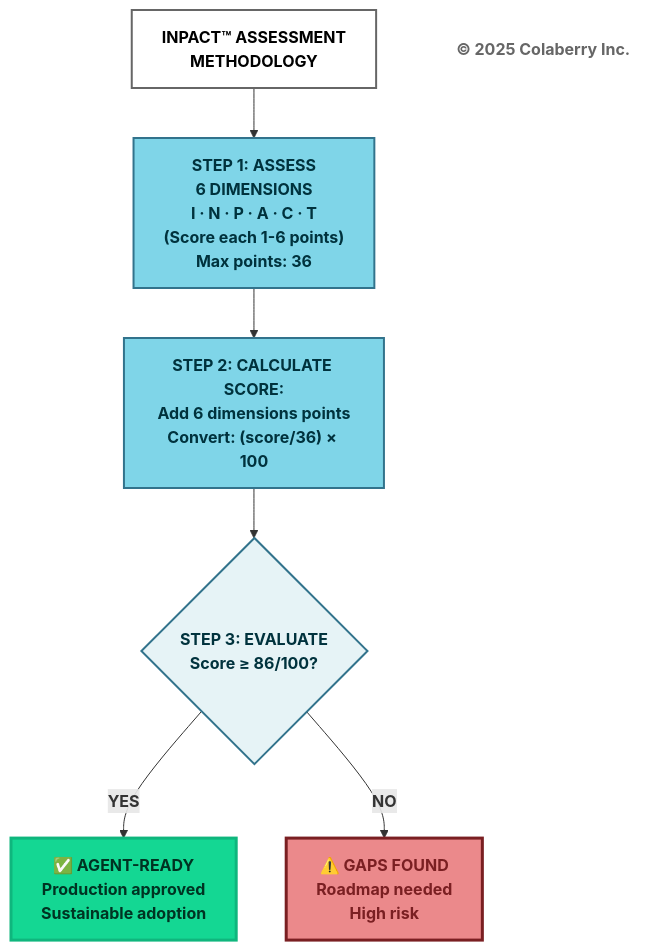
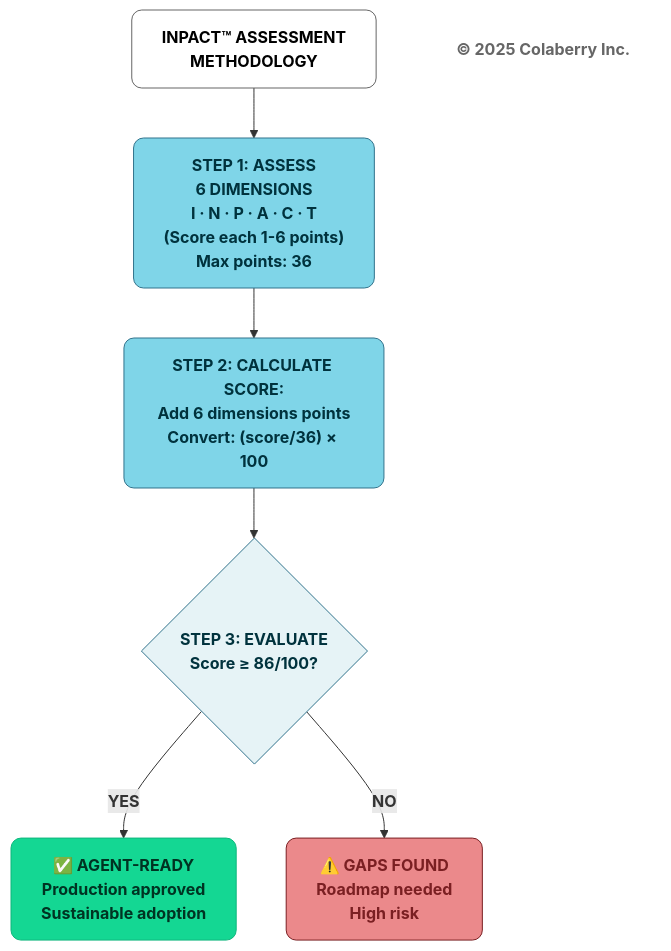
The fifth of 12 diagrams in manuscript/03_chapter_2_inpact_framework.md (colaberry/trust-before-intelligence-book), drawn with Mermaid before and after one commit. The commit also changed other lines of this file and 12 other files, not shown here.

````diff
--- a/manuscript/03_chapter_2_inpact_framework.md
+++ b/manuscript/03_chapter_2_inpact_framework.md
@@ -288,28 +288,28 @@
 ```mermaid
 graph TB
     TITLE["<b>INPACT™ ASSESSMENT<br/> METHODOLOGY</b>"]
     
     ASSESS["<b>STEP 1: ASSESS<br/> 6 DIMENSIONS</b><br/><b>I · N · P · A · C · T</b><br/><b>(Score each 1-6 points)</br>Max points: 36</b>"]
     
     CALC["<b>STEP 2: CALCULATE SCORE:</b><br/><b>Add 6 dimensions points</b><br/><b>Convert: (score/36) × 100</b>"]
     
     DECISION{"<b>STEP 3: EVALUATE</b><br/><b>Score ≥ 86/100?</b>"}
     
     READY["<b>✅ AGENT-READY</b><br/><b>Production approved</b><br/><b>Sustainable adoption</b>"]
     
     GAPS["<b>⚠️ GAPS FOUND</b><br/><b>Roadmap needed</b><br/><b>High risk</b>"]
     
     COPYRIGHT["<b>© 2025 Colaberry Inc.</b>"]
     
     TITLE --> ASSESS --> CALC --> DECISION
     DECISION -->|<b>YES</b>| READY
     DECISION -->|<b>NO</b>| GAPS
     
-    style TITLE fill:#ffffff,stroke:#666666,stroke-width:2px,color:#000000
-    style ASSESS fill:#7FD5E8,stroke:#32738C,stroke-width:2px,color:#00323D
-    style CALC fill:#7FD5E8,stroke:#32738C,stroke-width:2px,color:#00323D
-    style DECISION fill:#E6F3F6,stroke:#32738C,stroke-width:2px,color:#00323D
-    style READY fill:#14D793,color:#003322,stroke:#0FB67D,stroke-width:3px
-    style GAPS fill:#EB898B,color:#7A1F22,stroke:#7A1F22,stroke-width:3px
-    style COPYRIGHT fill:#ffffff,stroke:none,color:#666666
+    style TITLE fill:#ffffff,stroke:#666666,stroke-width:1px,color:#000000,rx:10,ry:10
+    style ASSESS fill:#7FD5E8,stroke:#32738C,stroke-width:1px,color:#00323D,rx:10,ry:10
+    style CALC fill:#7FD5E8,stroke:#32738C,stroke-width:1px,color:#00323D,rx:10,ry:10
+    style DECISION fill:#E6F3F6,stroke:#32738C,stroke-width:1px,color:#00323D,rx:10,ry:10
+    style READY fill:#14D793,color:#003322,stroke:#0FB67D,stroke-width:1px,rx:10,ry:10
+    style GAPS fill:#EB898B,color:#7A1F22,stroke:#7A1F22,stroke-width:1px,rx:10,ry:10
+    style COPYRIGHT fill:none,stroke:none,color:#666666
 ```
````
